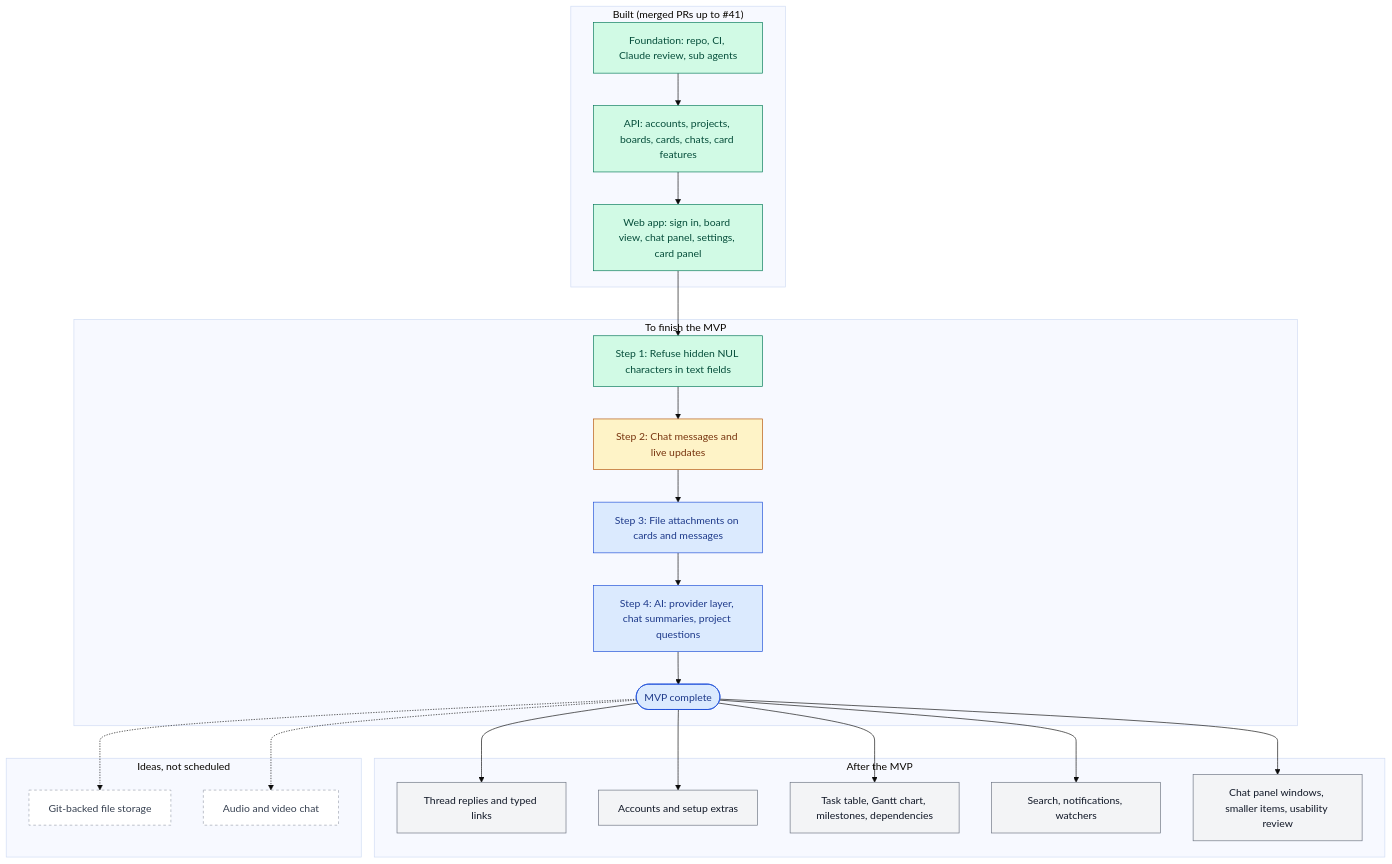
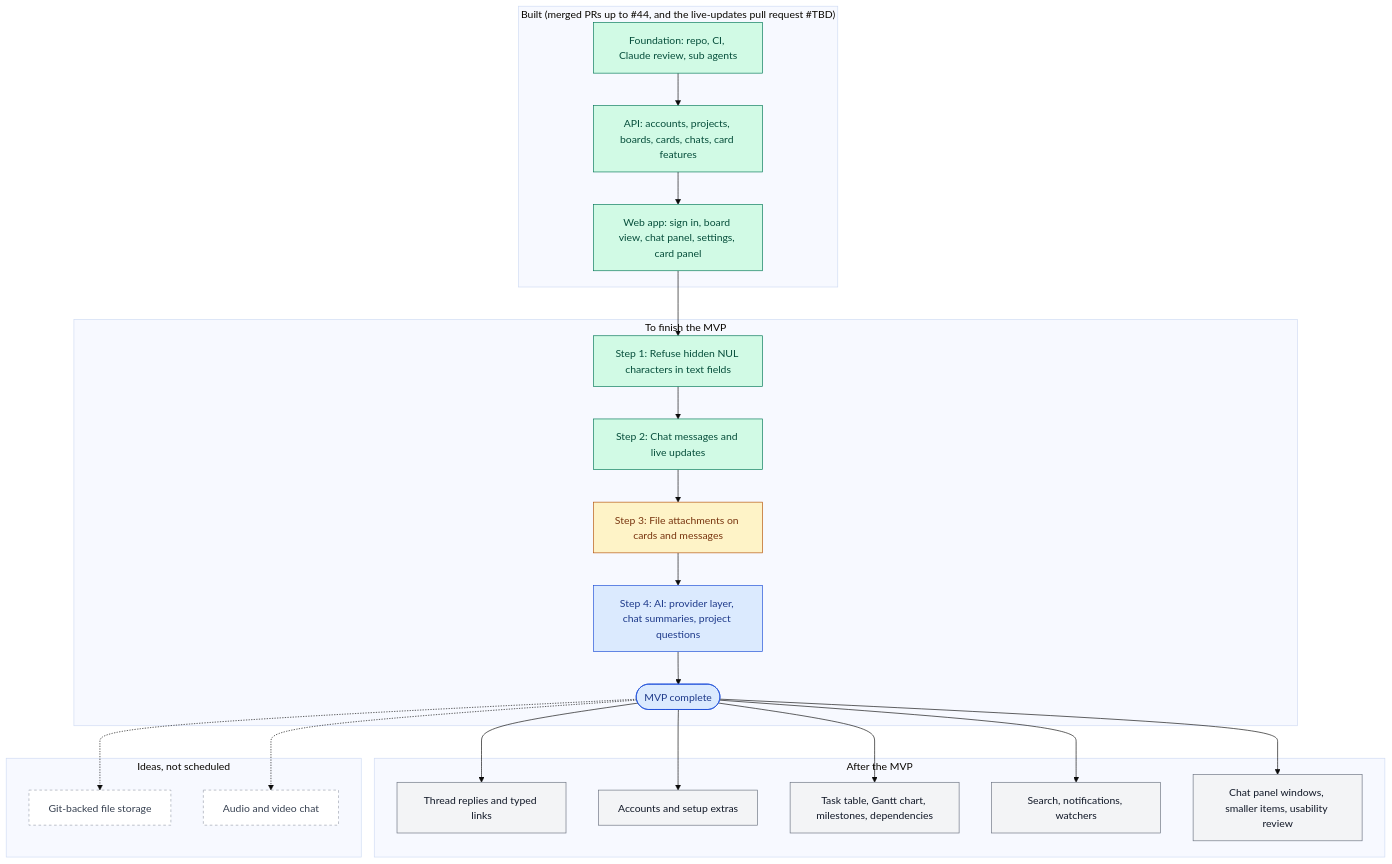
One commit to jongane/Tessera changed the diagram in docs/roadmap.md. Above: the diagram before and after it, drawn with Mermaid (base theme). The commit also changed other lines of this file and 3 other files, not shown here.

First line of the commit message:
docs: live updates, ADR 0002 and roadmap step 2 done

````diff
--- a/docs/roadmap.md
+++ b/docs/roadmap.md
@@ -13,45 +13,45 @@
 ```mermaid
 flowchart TD
     classDef done fill:#d1fae5,stroke:#047857,color:#064e3b
     classDef next fill:#fef3c7,stroke:#b45309,color:#78350f
     classDef mvp fill:#dbeafe,stroke:#1d4ed8,color:#1e3a8a
     classDef later fill:#f3f4f6,stroke:#6b7280,color:#111827
     classDef idea fill:#ffffff,stroke:#9ca3af,color:#374151,stroke-dasharray: 4 4
 
-    subgraph Built["Built (merged PRs up to #41)"]
+    subgraph Built["Built (merged PRs up to #44, and the live-updates pull request #TBD)"]
         F[Foundation: repo, CI, Claude review, sub agents]
         A[API: accounts, projects, boards, cards, chats, card features]
         W[Web app: sign in, board view, chat panel, settings, card panel]
     end
 
     subgraph MVP["To finish the MVP"]
         N1[Step 1: Refuse hidden NUL characters in text fields]
         N2[Step 2: Chat messages and live updates]
         N3[Step 3: File attachments on cards and messages]
         N4[Step 4: AI: provider layer, chat summaries, project questions]
         R([MVP complete])
     end
 
     subgraph After["After the MVP"]
         L1[Thread replies and typed links]
         L2[Accounts and setup extras]
         L3[Task table, Gantt chart, milestones, dependencies]
         L4[Search, notifications, watchers]
         L5[Chat panel windows, smaller items, usability review]
     end
 
     subgraph Ideas["Ideas, not scheduled"]
         I1[Git-backed file storage]
         I2[Audio and video chat]
     end
 
     F --> A --> W --> N1 --> N2 --> N3 --> N4 --> R
     R --> L1 & L2 & L3 & L4 & L5
     R -.-> I1 & I2
 
-    class F,A,W,N1 done
-    class N2 next
-    class N3,N4,R mvp
+    class F,A,W,N1,N2 done
+    class N3 next
+    class N4,R mvp
     class L1,L2,L3,L4,L5 later
     class I1,I2 idea
 ```
````
